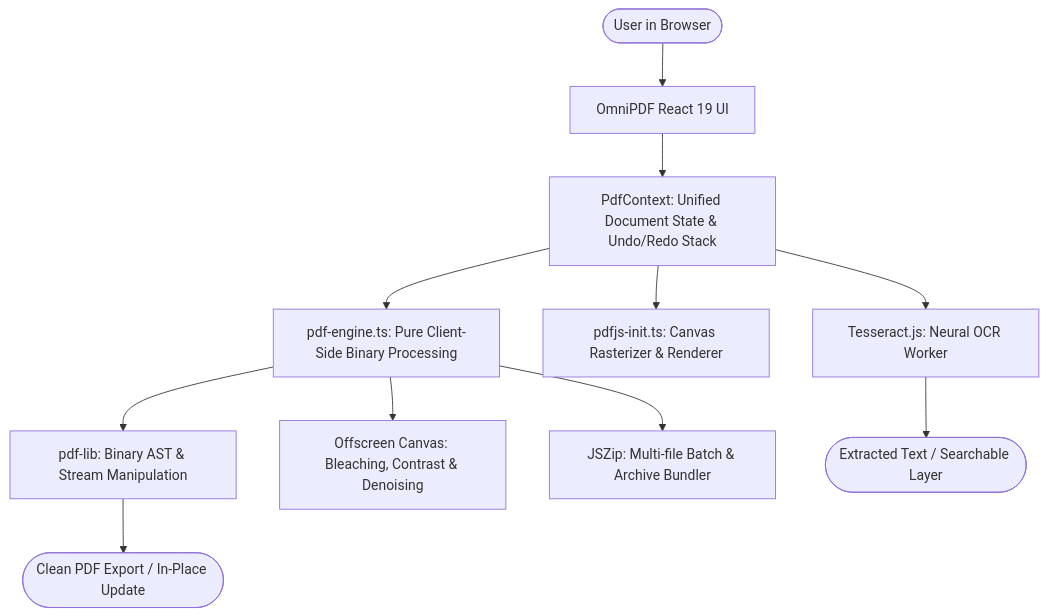
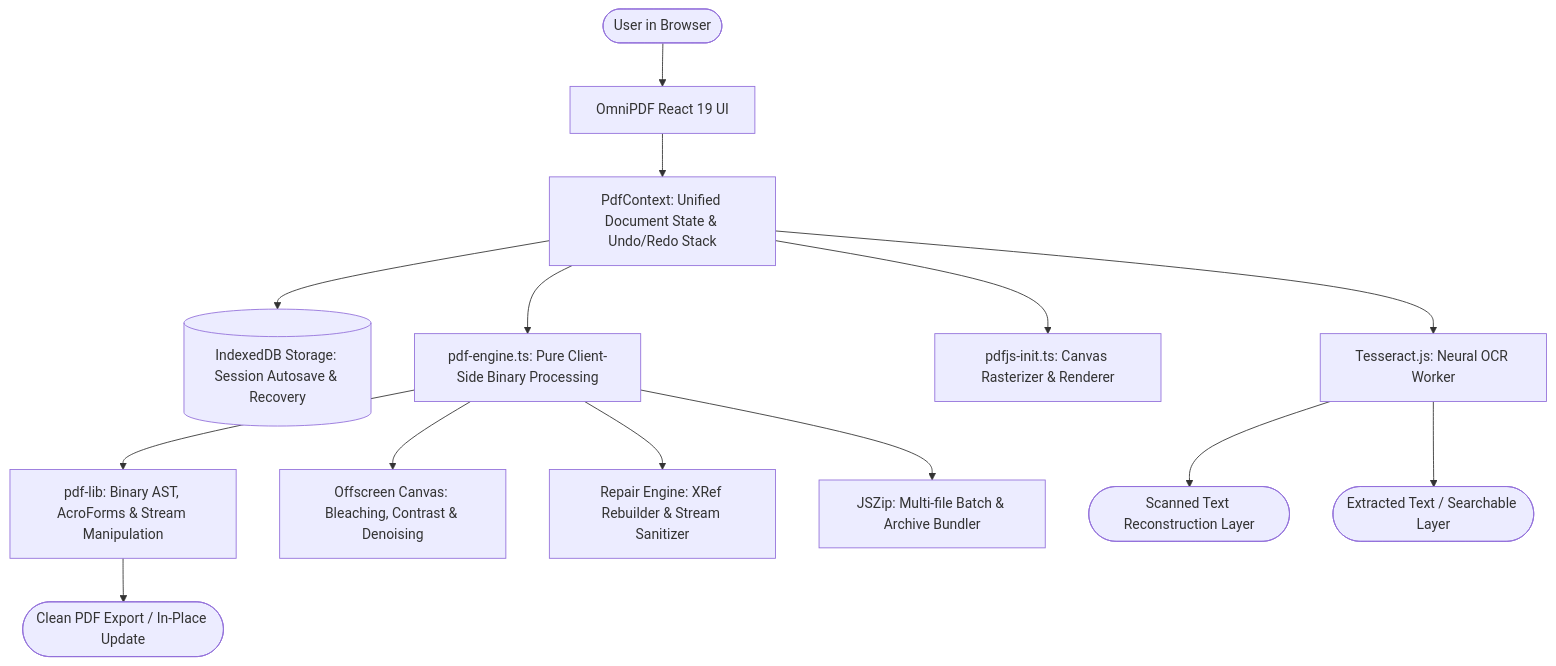
Before and after one commit to Madhu-Kowshik/viewscanner: the diagram in ARCHITECTURE.md, drawn with Mermaid. The commit also changed other lines of this file and 19 other files, not shown here.

Commit message:
feat: complete 12-category expansion with scanned PDF text editing, AcroForms, PDF repair, guided workflows, and session recovery

````diff
--- a/ARCHITECTURE.md
+++ b/ARCHITECTURE.md
@@ -9,15 +9,18 @@
 ```mermaid
 flowchart TD
     User([User in Browser]) --> UI[OmniPDF React 19 UI]
     UI --> Context[PdfContext: Unified Document State & Undo/Redo Stack]
+    Context --> DB[(IndexedDB Storage: Session Autosave & Recovery)]
     Context --> Engine[pdf-engine.ts: Pure Client-Side Binary Processing]
     Context --> ViewEngine[pdfjs-init.ts: Canvas Rasterizer & Renderer]
     Context --> OcrEngine[Tesseract.js: Neural OCR Worker]
     
-    Engine --> PDFLib[pdf-lib: Binary AST & Stream Manipulation]
+    Engine --> PDFLib[pdf-lib: Binary AST, AcroForms & Stream Manipulation]
     Engine --> CanvasProc[Offscreen Canvas: Bleaching, Contrast & Denoising]
+    Engine --> RepairMod[Repair Engine: XRef Rebuilder & Stream Sanitizer]
     Engine --> JSZip[JSZip: Multi-file Batch & Archive Bundler]
     
     PDFLib --> Export([Clean PDF Export / In-Place Update])
+    OcrEngine --> ScannedEditor([Scanned Text Reconstruction Layer])
     OcrEngine --> ExportTxt([Extracted Text / Searchable Layer])
 ```
````
